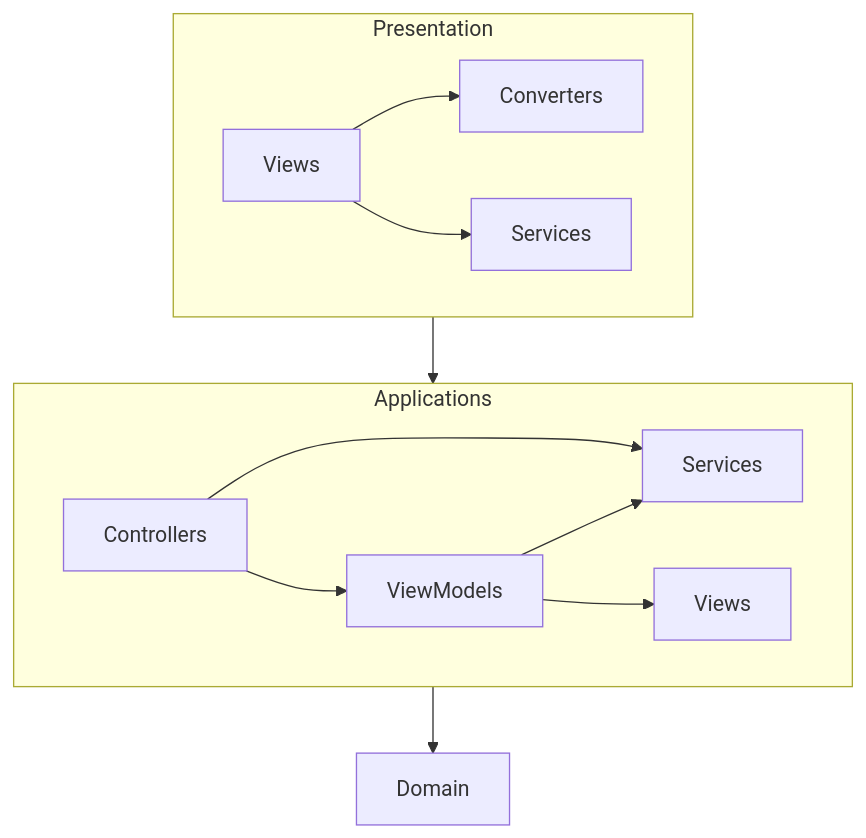
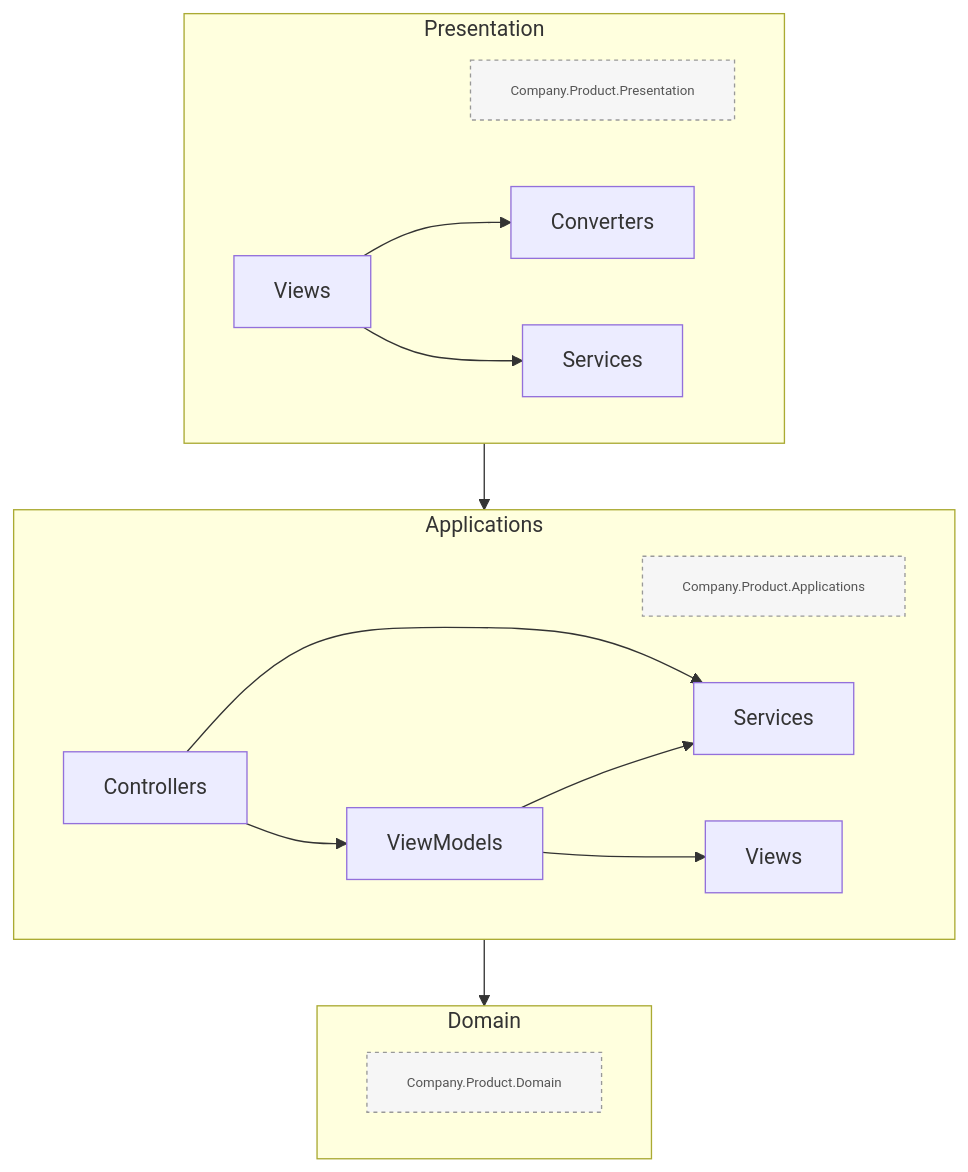
Before and after one commit to jbe2277/GitHubPagesTest: the diagram in Mermaid/Flowchart.md, drawn with Mermaid.

Commit message:
Enhance flowchart with namespace details
Updated flowchart to include namespace information for Presentation, Applications, and Domain subgraphs.

````diff
--- a/Mermaid/Flowchart.md
+++ b/Mermaid/Flowchart.md
@@ -1,31 +1,38 @@
 ```mermaid
 flowchart TB
 
   subgraph P["Presentation"]
     direction LR
+    P_NS["Company.Product.Presentation"]:::meta
     P_C["Converters"]
     P_S["Services"]
     P_V["Views"]
   end
 
   subgraph A["Applications"]
     direction LR
+    A_NS["Company.Product.Applications"]:::meta
     A_C["Controllers"]
     A_S["Services"]
     A_VM["ViewModels"]
     A_V["Views"]
   end
 
-  D["Domain"]
+  subgraph D["Domain"]
+    direction LR
+    D_NS["Company.Product.Domain"]:::meta
+  end
 
   P --> A
   A --> D
 
   P_V --> P_C
   P_V --> P_S
 
   A_C --> A_S
   A_C --> A_VM
   A_VM --> A_S
   A_VM --> A_V
+
+  classDef meta fill:#f6f6f6,stroke:#999,stroke-dasharray: 3 3,color:#555,font-size:10px;
 ```
````
